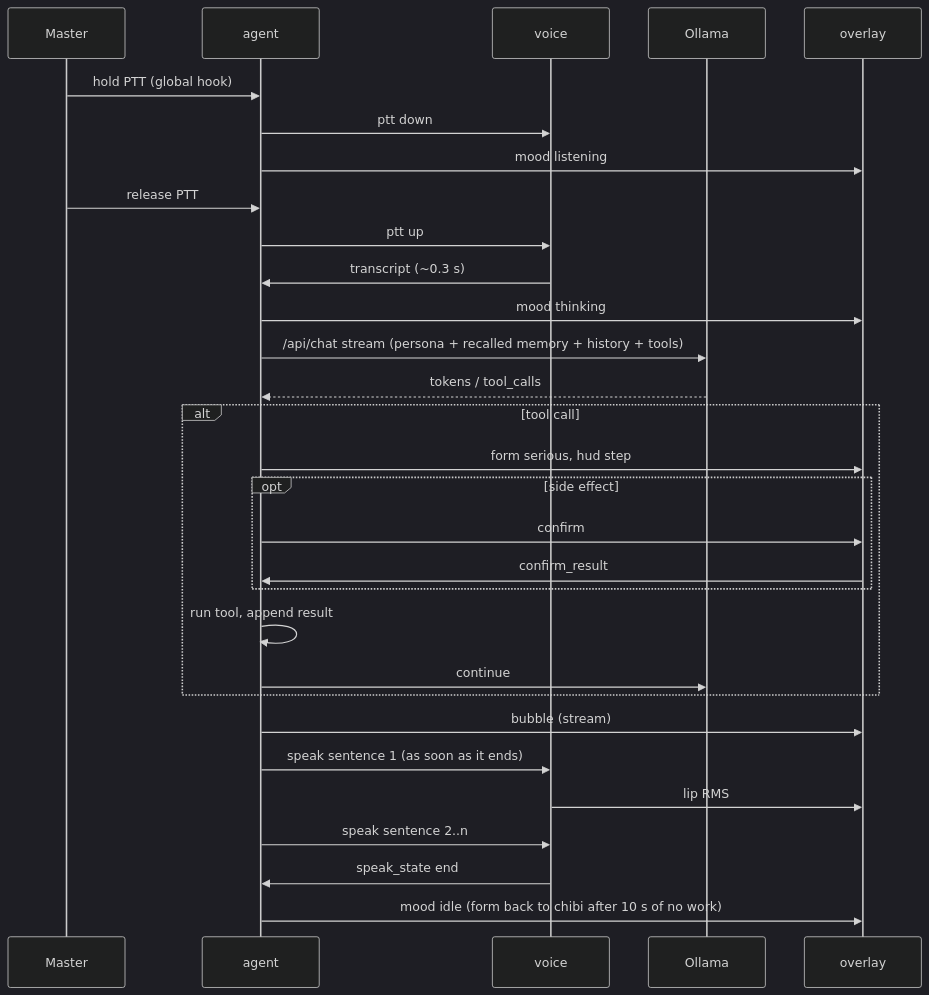
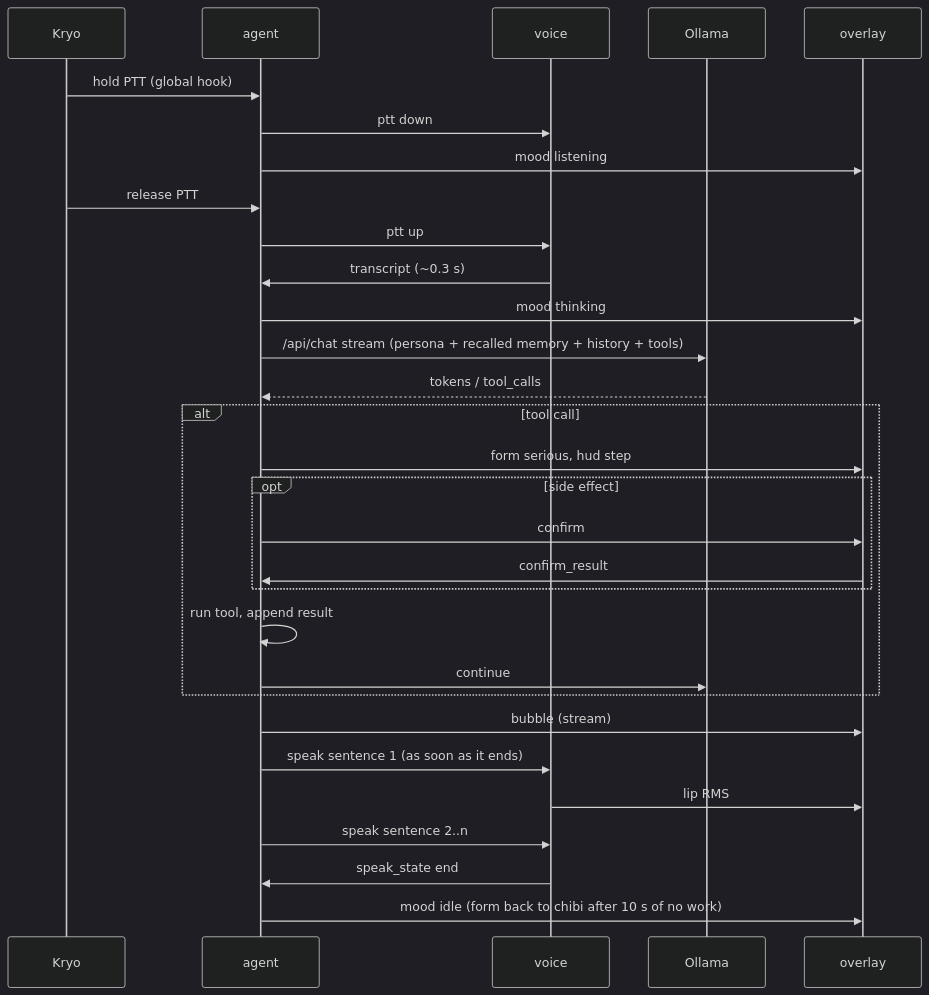
Before and after one commit to Platinum-Saber/Chibi-Agent: the second of 2 diagrams in docs/architecture.md, drawn with Mermaid (dark theme). The commit also changed other lines of this file and 9 other files, not shown here.

````diff
--- a/docs/architecture.md
+++ b/docs/architecture.md
@@ -78,32 +78,32 @@
 ```mermaid
 sequenceDiagram
-  participant U as Master
+  participant U as Kryo
   participant A as agent
   participant V as voice
   participant L as Ollama
   participant O as overlay
   U->>A: hold PTT (global hook)
   A->>V: ptt down
   A->>O: mood listening
   U->>A: release PTT
   A->>V: ptt up
   V->>A: transcript (~0.3 s)
   A->>O: mood thinking
   A->>L: /api/chat stream (persona + recalled memory + history + tools)
   L-->>A: tokens / tool_calls
   alt tool call
     A->>O: form serious, hud step
     opt side effect
       A->>O: confirm
       O->>A: confirm_result
     end
     A->>A: run tool, append result
     A->>L: continue
   end
   A->>O: bubble (stream)
   A->>V: speak sentence 1 (as soon as it ends)
   V->>O: lip RMS
   A->>V: speak sentence 2..n
   V->>A: speak_state end
   A->>O: mood idle (form back to chibi after 10 s of no work)
 ```
````
